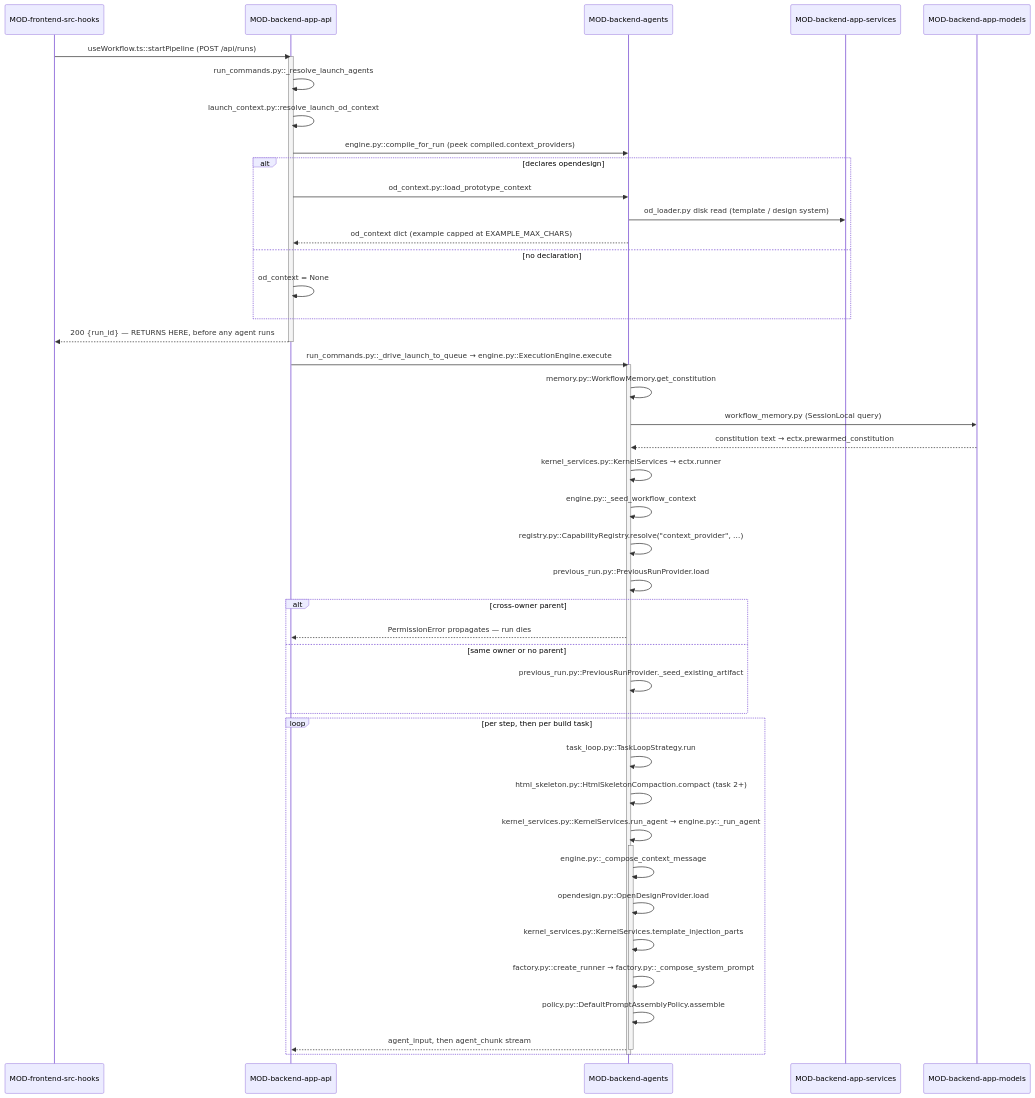
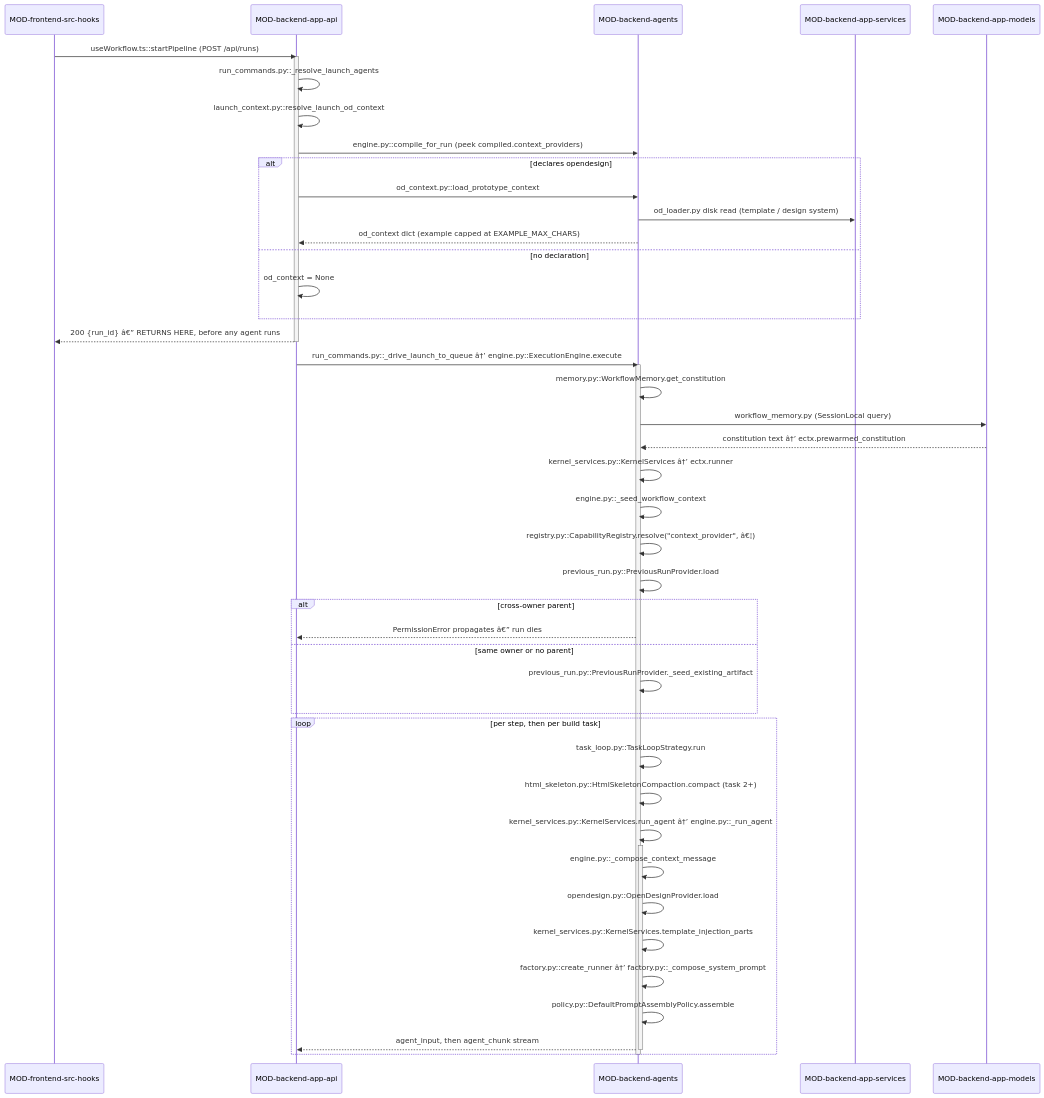
Before and after one commit to prateek-sinha7/IdeaFlowAI: the second of 2 diagrams in .knowledge/architecture/DOMAIN-context-assembly.md, drawn with Mermaid. The commit also changed other lines of this file and 791 other files, not shown here.

````diff
--- a/.knowledge/architecture/DOMAIN-context-assembly.md
+++ b/.knowledge/architecture/DOMAIN-context-assembly.md
@@ -193,53 +194,53 @@
 ```mermaid
 sequenceDiagram
     participant MOD-frontend-src-hooks
     participant MOD-backend-app-api
     participant MOD-backend-agents
     participant MOD-backend-app-services
     participant MOD-backend-app-models
 
     MOD-frontend-src-hooks->>MOD-backend-app-api: useWorkflow.ts::startPipeline (POST /api/runs)
     activate MOD-backend-app-api
     MOD-backend-app-api->>MOD-backend-app-api: run_commands.py::_resolve_launch_agents
     MOD-backend-app-api->>MOD-backend-app-api: launch_context.py::resolve_launch_od_context
     MOD-backend-app-api->>MOD-backend-agents: engine.py::compile_for_run (peek compiled.context_providers)
     alt declares opendesign
         MOD-backend-app-api->>MOD-backend-agents: od_context.py::load_prototype_context
         MOD-backend-agents->>MOD-backend-app-services: od_loader.py disk read (template / design system)
         MOD-backend-agents-->>MOD-backend-app-api: od_context dict (example capped at EXAMPLE_MAX_CHARS)
     else no declaration
         MOD-backend-app-api->>MOD-backend-app-api: od_context = None
     end
-    MOD-backend-app-api-->>MOD-frontend-src-hooks: 200 {run_id} — RETURNS HERE, before any agent runs
+    MOD-backend-app-api-->>MOD-frontend-src-hooks: 200 {run_id} â€” RETURNS HERE, before any agent runs
     deactivate MOD-backend-app-api
 
-    MOD-backend-app-api->>MOD-backend-agents: run_commands.py::_drive_launch_to_queue → engine.py::ExecutionEngine.execute
+    MOD-backend-app-api->>MOD-backend-agents: run_commands.py::_drive_launch_to_queue â†’ engine.py::ExecutionEngine.execute
     activate MOD-backend-agents
     MOD-backend-agents->>MOD-backend-agents: memory.py::WorkflowMemory.get_constitution
     MOD-backend-agents->>MOD-backend-app-models: workflow_memory.py (SessionLocal query)
-    MOD-backend-app-models-->>MOD-backend-agents: constitution text → ectx.prewarmed_constitution
-    MOD-backend-agents->>MOD-backend-agents: kernel_services.py::KernelServices → ectx.runner
+    MOD-backend-app-models-->>MOD-backend-agents: constitution text â†’ ectx.prewarmed_constitution
+    MOD-backend-agents->>MOD-backend-agents: kernel_services.py::KernelServices â†’ ectx.runner
     MOD-backend-agents->>MOD-backend-agents: engine.py::_seed_workflow_context
-    MOD-backend-agents->>MOD-backend-agents: registry.py::CapabilityRegistry.resolve("context_provider", …)
+    MOD-backend-agents->>MOD-backend-agents: registry.py::CapabilityRegistry.resolve("context_provider", â€¦)
     MOD-backend-agents->>MOD-backend-agents: previous_run.py::PreviousRunProvider.load
     alt cross-owner parent
-        MOD-backend-agents-->>MOD-backend-app-api: PermissionError propagates — run dies
+        MOD-backend-agents-->>MOD-backend-app-api: PermissionError propagates â€” run dies
     else same owner or no parent
         MOD-backend-agents->>MOD-backend-agents: previous_run.py::PreviousRunProvider._seed_existing_artifact
     end
 
     loop per step, then per build task
         MOD-backend-agents->>MOD-backend-agents: task_loop.py::TaskLoopStrategy.run
         MOD-backend-agents->>MOD-backend-agents: html_skeleton.py::HtmlSkeletonCompaction.compact (task 2+)
-        MOD-backend-agents->>MOD-backend-agents: kernel_services.py::KernelServices.run_agent → engine.py::_run_agent
+        MOD-backend-agents->>MOD-backend-agents: kernel_services.py::KernelServices.run_agent â†’ engine.py::_run_agent
         activate MOD-backend-agents
         MOD-backend-agents->>MOD-backend-agents: engine.py::_compose_context_message
         MOD-backend-agents->>MOD-backend-agents: opendesign.py::OpenDesignProvider.load
         MOD-backend-agents->>MOD-backend-agents: kernel_services.py::KernelServices.template_injection_parts
-        MOD-backend-agents->>MOD-backend-agents: factory.py::create_runner → factory.py::_compose_system_prompt
+        MOD-backend-agents->>MOD-backend-agents: factory.py::create_runner â†’ factory.py::_compose_system_prompt
         MOD-backend-agents->>MOD-backend-agents: policy.py::DefaultPromptAssemblyPolicy.assemble
         MOD-backend-agents-->>MOD-backend-app-api: agent_input, then agent_chunk stream
         deactivate MOD-backend-agents
     end
     deactivate MOD-backend-agents
 ```
````
